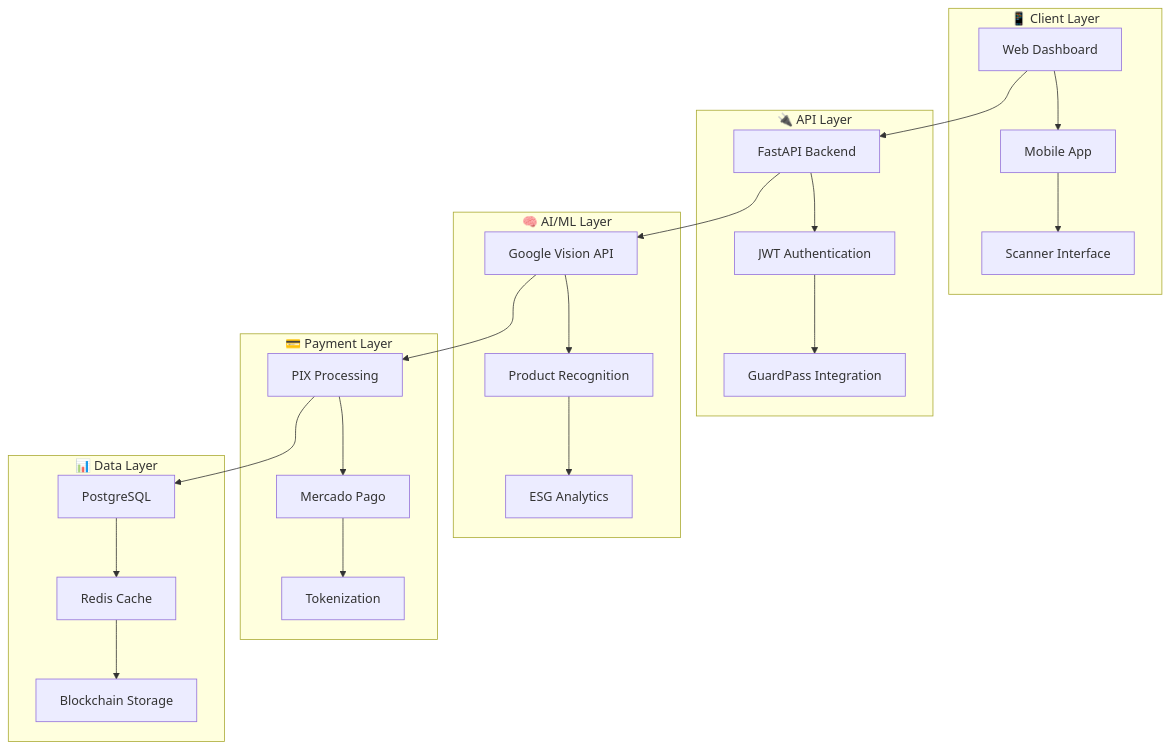
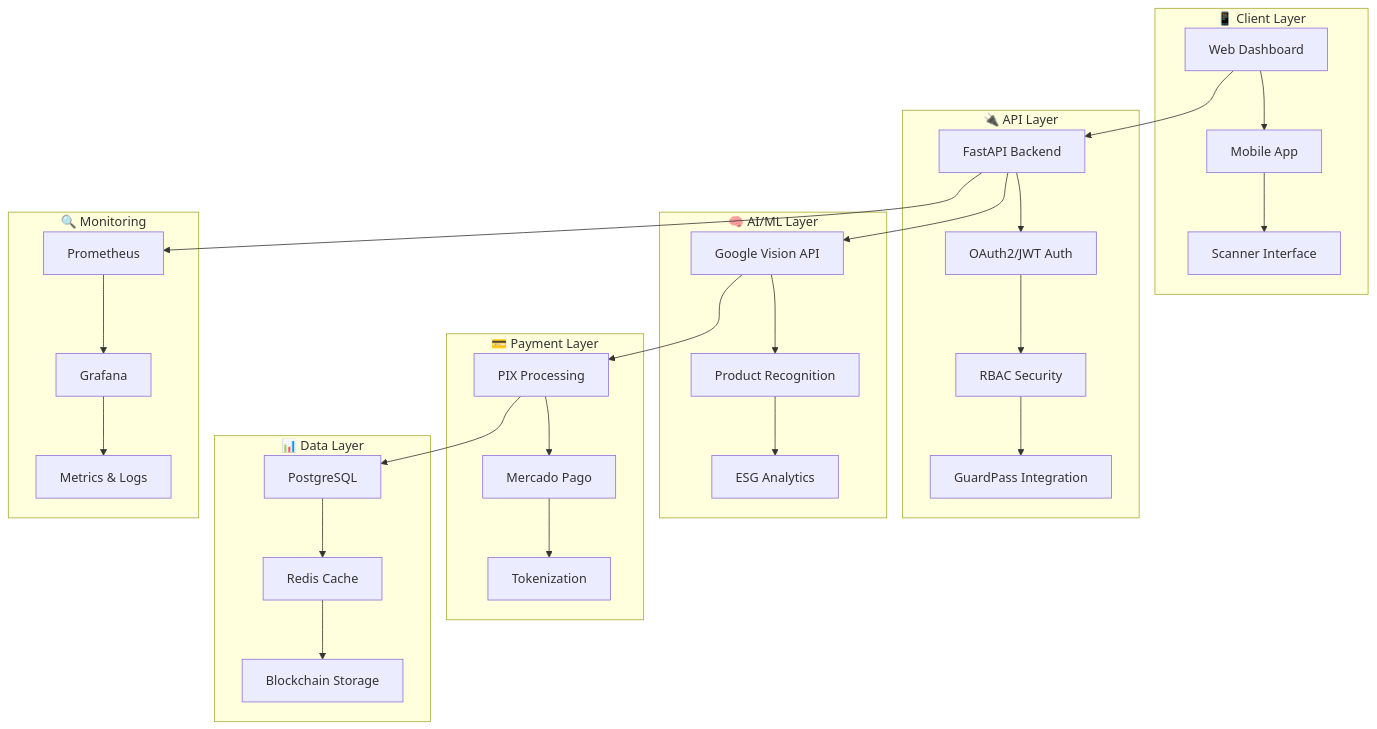
One commit to guardflow-core/guardflow changed the diagram in README.md. Above: the diagram before and after it, drawn with Mermaid. The commit also changed other lines of this file and 3 other files, not shown here.

````diff
--- a/README.md
+++ b/README.md
@@ -36,32 +38,39 @@
 ```mermaid
 graph TB
     subgraph "📱 Client Layer"
         A[Web Dashboard] --> B[Mobile App]
         B --> C[Scanner Interface]
     end
     
     subgraph "🔌 API Layer"
-        D[FastAPI Backend] --> E[JWT Authentication]
-        E --> F[GuardPass Integration]
+        D[FastAPI Backend] --> E[OAuth2/JWT Auth]
+        E --> F[RBAC Security]
+        F --> G[GuardPass Integration]
     end
     
     subgraph "🧠 AI/ML Layer"
-        G[Google Vision API] --> H[Product Recognition]
-        H --> I[ESG Analytics]
+        H[Google Vision API] --> I[Product Recognition]
+        I --> J[ESG Analytics]
     end
     
     subgraph "💳 Payment Layer"
-        J[PIX Processing] --> K[Mercado Pago]
-        K --> L[Tokenization]
+        K[PIX Processing] --> L[Mercado Pago]
+        L --> M[Tokenization]
     end
     
     subgraph "📊 Data Layer"
-        M[PostgreSQL] --> N[Redis Cache]
-        N --> O[Blockchain Storage]
+        N[PostgreSQL] --> O[Redis Cache]
+        O --> P[Blockchain Storage]
+    end
+    
+    subgraph "🔍 Monitoring"
+        Q[Prometheus] --> R[Grafana]
+        R --> S[Metrics & Logs]
     end
     
     A --> D
-    D --> G
-    G --> J
-    J --> M
+    D --> H
+    H --> K
+    K --> N
+    D --> Q
 ```
````
